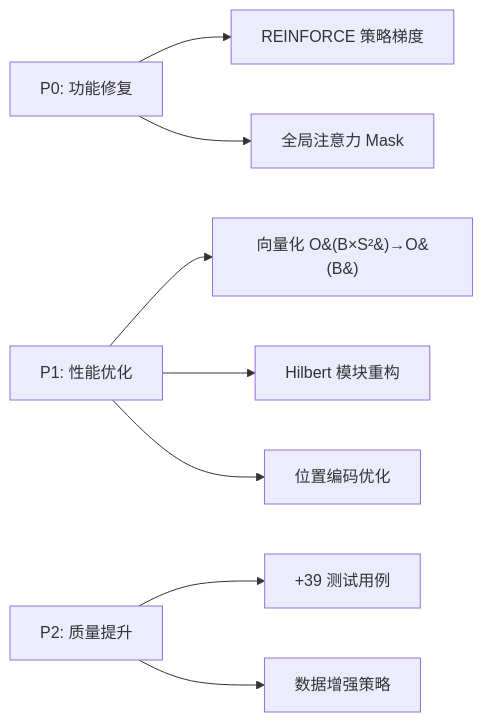
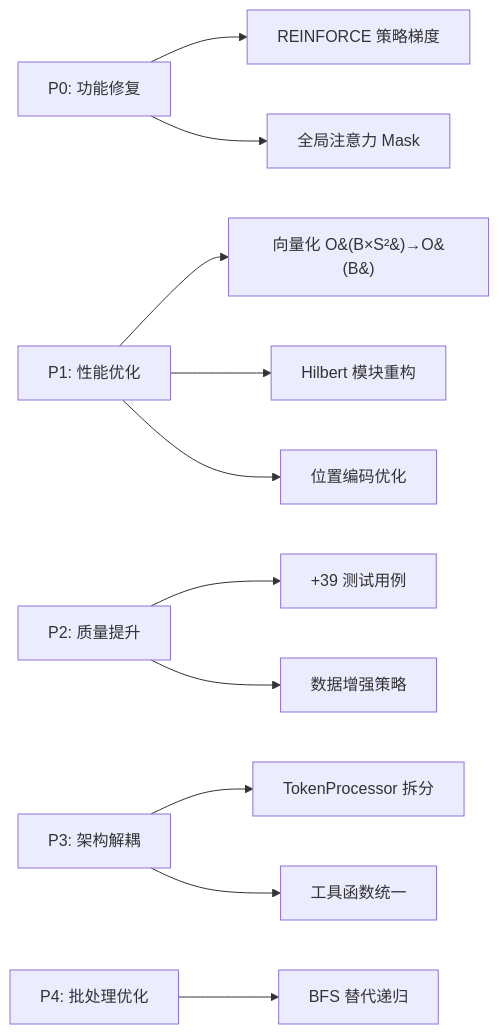
The diagram in documents/11_issues_roadmap.md (LoopyBrainie/fractal-curve-tokenizer), drawn with Mermaid before and after one commit. The commit also changed other lines of this file, not shown here.

Commit message:
Update roadmap with concise completed issue descriptions

````diff
--- a/documents/11_issues_roadmap.md
+++ b/documents/11_issues_roadmap.md
@@ -20,10 +20,13 @@
 ```mermaid
 graph LR
     A[P0: 功能修复] --> A1[REINFORCE 策略梯度]
     A --> A2[全局注意力 Mask]
     B[P1: 性能优化] --> B1[向量化 O&#40;B×S²&#41;→O&#40;B&#41;]
     B --> B2[Hilbert 模块重构]
     B --> B3[位置编码优化]
     C[P2: 质量提升] --> C1[+39 测试用例]
     C --> C2[数据增强策略]
+    D[P3: 架构解耦] --> D1[TokenProcessor 拆分]
+    D --> D2[工具函数统一]
+    E[P4: 批处理优化] --> E1[BFS 替代递归]
 ```
````
